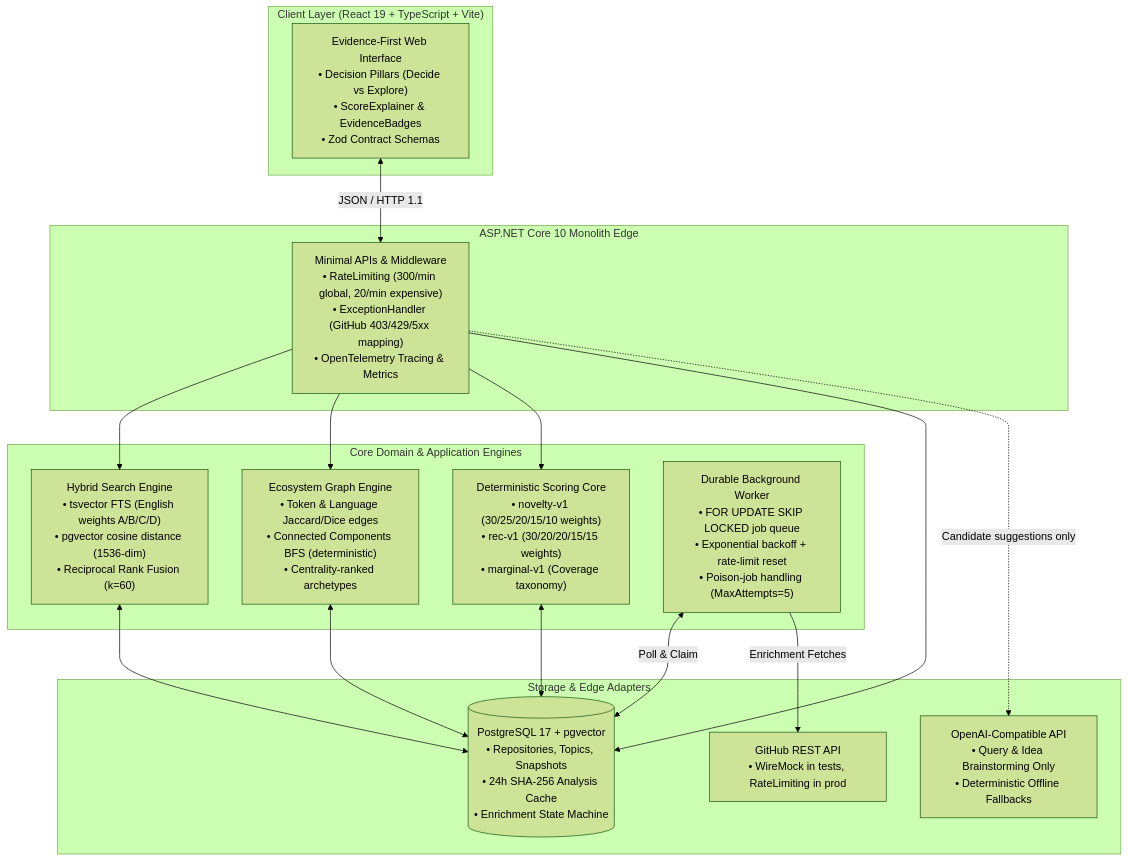
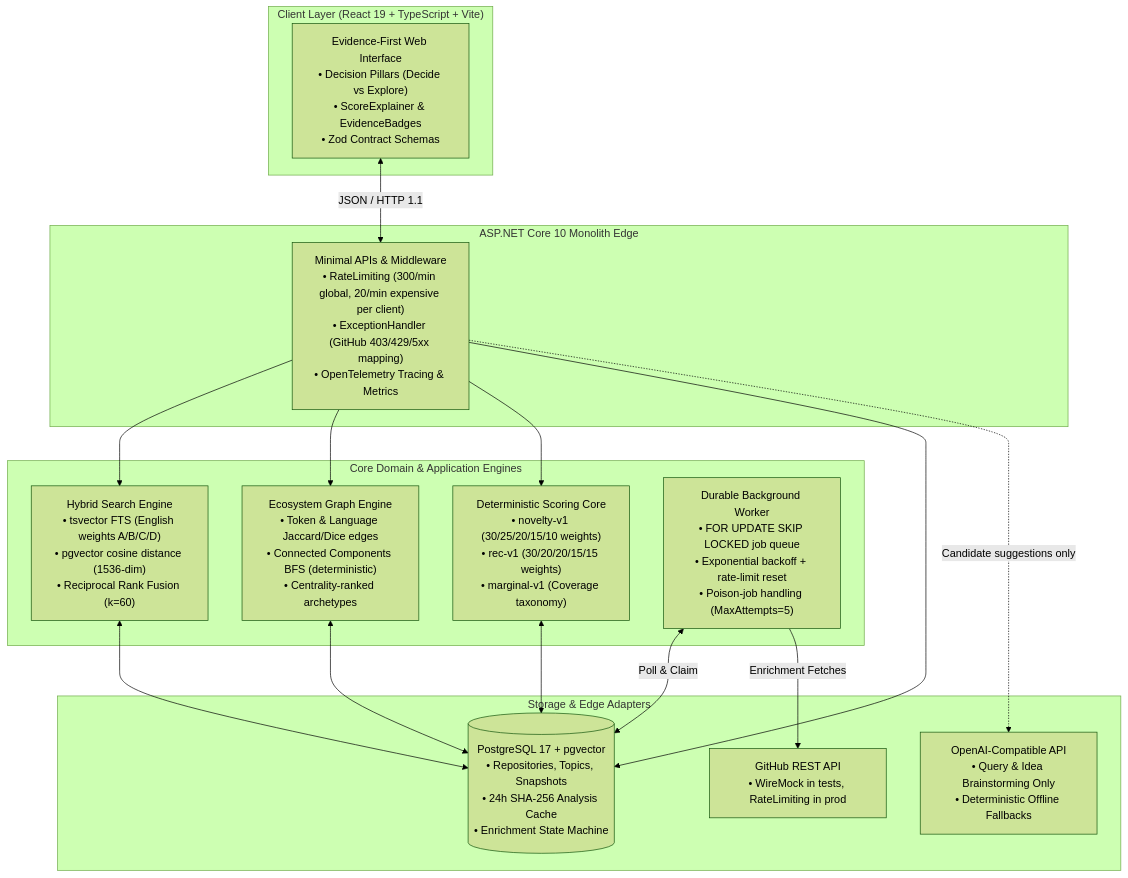
Before and after one commit to f0rknturkoglu/repolens: the diagram in docs/case-study.md, drawn with Mermaid (forest theme). The commit also changed other lines of this file and 10 other files, not shown here.

Commit message:
fix(proxy): preserve client IP rate limiting behind nginx

````diff
--- a/docs/case-study.md
+++ b/docs/case-study.md
@@ -26,35 +32,35 @@
 ```mermaid
 graph TD
     subgraph "Client Layer (React 19 + TypeScript + Vite)"
         UI["Evidence-First Web Interface<br/>• Decision Pillars (Decide vs Explore)<br/>• ScoreExplainer & EvidenceBadges<br/>• Zod Contract Schemas"]
     end
 
     subgraph "ASP.NET Core 10 Monolith Edge"
-        API["Minimal APIs & Middleware<br/>• RateLimiting (300/min global, 20/min expensive)<br/>• ExceptionHandler (GitHub 403/429/5xx mapping)<br/>• OpenTelemetry Tracing & Metrics"]
+        API["Minimal APIs & Middleware<br/>• RateLimiting (300/min global, 20/min expensive per client)<br/>• ExceptionHandler (GitHub 403/429/5xx mapping)<br/>• OpenTelemetry Tracing & Metrics"]
     end
 
     subgraph "Core Domain & Application Engines"
         HybridSearch["Hybrid Search Engine<br/>• tsvector FTS (English weights A/B/C/D)<br/>• pgvector cosine distance (1536-dim)<br/>• Reciprocal Rank Fusion (k=60)"]
         Clusterizer["Ecosystem Graph Engine<br/>• Token & Language Jaccard/Dice edges<br/>• Connected Components BFS (deterministic)<br/>• Centrality-ranked archetypes"]
         ScoringEngine["Deterministic Scoring Core<br/>• novelty-v1 (30/25/20/15/10 weights)<br/>• rec-v1 (30/20/20/15/15 weights)<br/>• marginal-v1 (Coverage taxonomy)"]
         Worker["Durable Background Worker<br/>• FOR UPDATE SKIP LOCKED job queue<br/>• Exponential backoff + rate-limit reset<br/>• Poison-job handling (MaxAttempts=5)"]
     end
 
     subgraph "Storage & Edge Adapters"
         PG[(PostgreSQL 17 + pgvector<br/>• Repositories, Topics, Snapshots<br/>• 24h SHA-256 Analysis Cache<br/>• Enrichment State Machine)]
         GH[GitHub REST API<br/>• WireMock in tests, RateLimiting in prod]
         LLM[OpenAI-Compatible API<br/>• Query & Idea Brainstorming Only<br/>• Deterministic Offline Fallbacks]
     end
 
     UI <-->|JSON / HTTP 1.1| API
     API --> HybridSearch
     API --> Clusterizer
     API --> ScoringEngine
     API --> PG
     Worker <-->|Poll & Claim| PG
     Worker -->|Enrichment Fetches| GH
     HybridSearch <--> PG
     ScoringEngine <--> PG
     Clusterizer <--> PG
     API -.->|Candidate suggestions only| LLM
 ```
````
